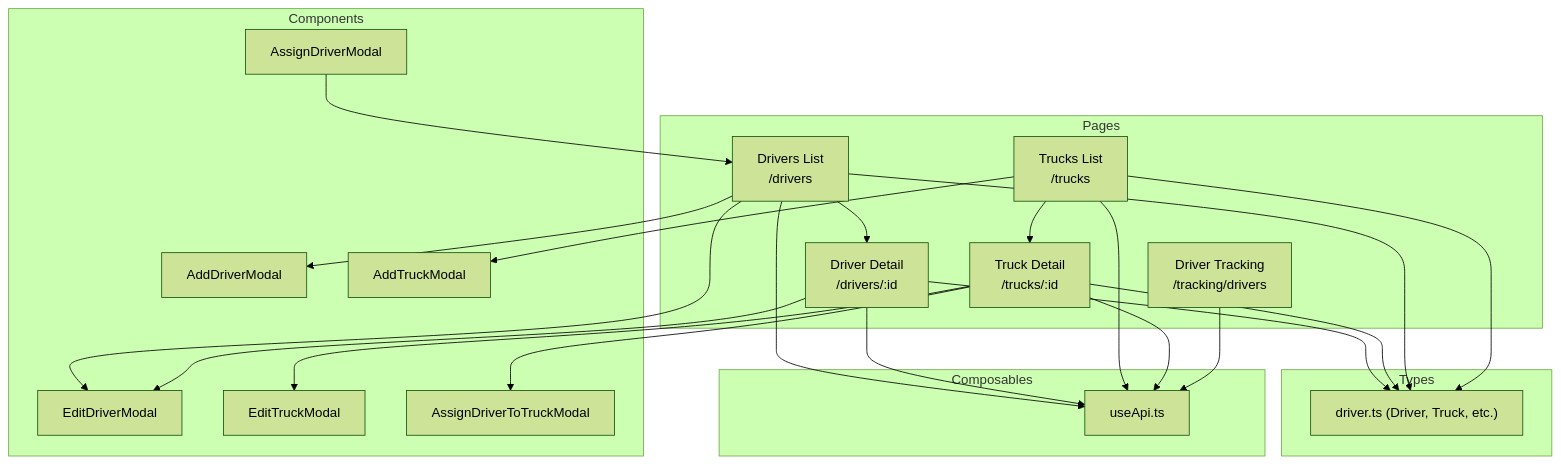
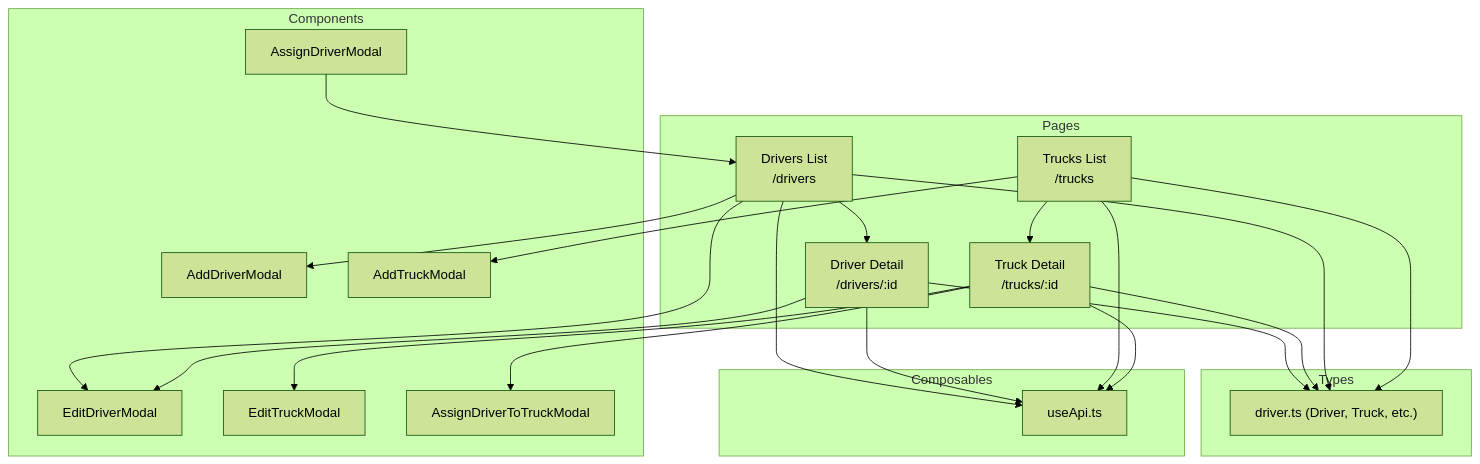
Before and after one commit to Lazynerd-Studios/lacarte-atlas-console: the first of 9 diagrams in .qoder/repowiki/en/content/Business Modules/Fleet Management.md, drawn with Mermaid (forest theme). The commit also changed other lines of this file and 12 other files, not shown here.

First line of the commit message:
refactor(fleet): remove driver tracking features and update documentation

````diff
--- a/.qoder/repowiki/en/content/Business Modules/Fleet Management.md
+++ b/.qoder/repowiki/en/content/Business Modules/Fleet Management.md
@@ -49,42 +46,40 @@
 ```mermaid
 graph TB
 subgraph "Pages"
 DList["Drivers List<br/>/drivers"]
 DDetail["Driver Detail<br/>/drivers/:id"]
 TList["Trucks List<br/>/trucks"]
 TDetail["Truck Detail<br/>/trucks/:id"]
-Track["Driver Tracking<br/>/tracking/drivers"]
 end
 subgraph "Components"
 AddDrv["AddDriverModal"]
 EditDrv["EditDriverModal"]
 AddTrk["AddTruckModal"]
 EditTrk["EditTruckModal"]
 AssignDrvTrk["AssignDriverToTruckModal"]
 AssignDrvPickup["AssignDriverModal"]
 end
 subgraph "Types"
 Models["driver.ts (Driver, Truck, etc.)"]
 end
 subgraph "Composables"
 Api["useApi.ts"]
 end
 DList --> AddDrv
 DList --> EditDrv
 DList --> DDetail
 DDetail --> EditDrv
 TList --> AddTrk
 TList --> TDetail
 TDetail --> EditTrk
 TDetail --> AssignDrvTrk
 AssignDrvPickup --> DList
 DDetail --> Models
 TDetail --> Models
 DList --> Models
 TList --> Models
 DList --> Api
 DDetail --> Api
 TList --> Api
 TDetail --> Api
-Track --> Api
 ```
````
